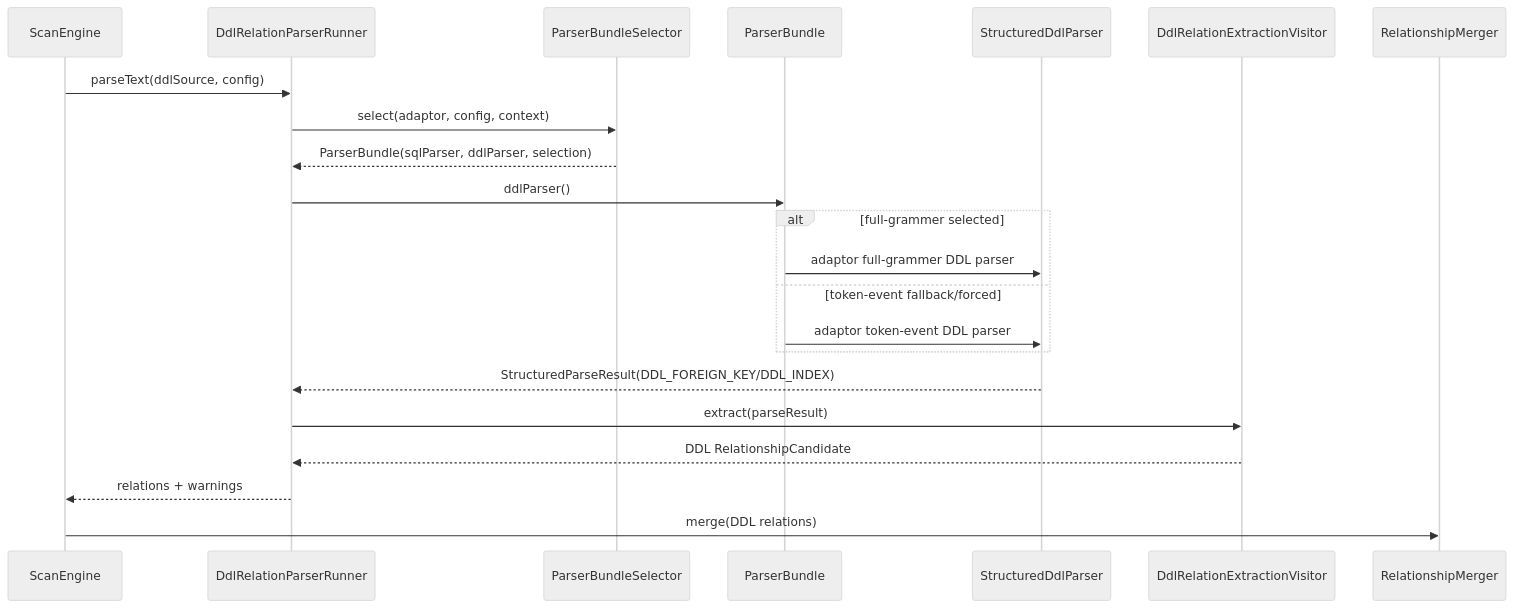
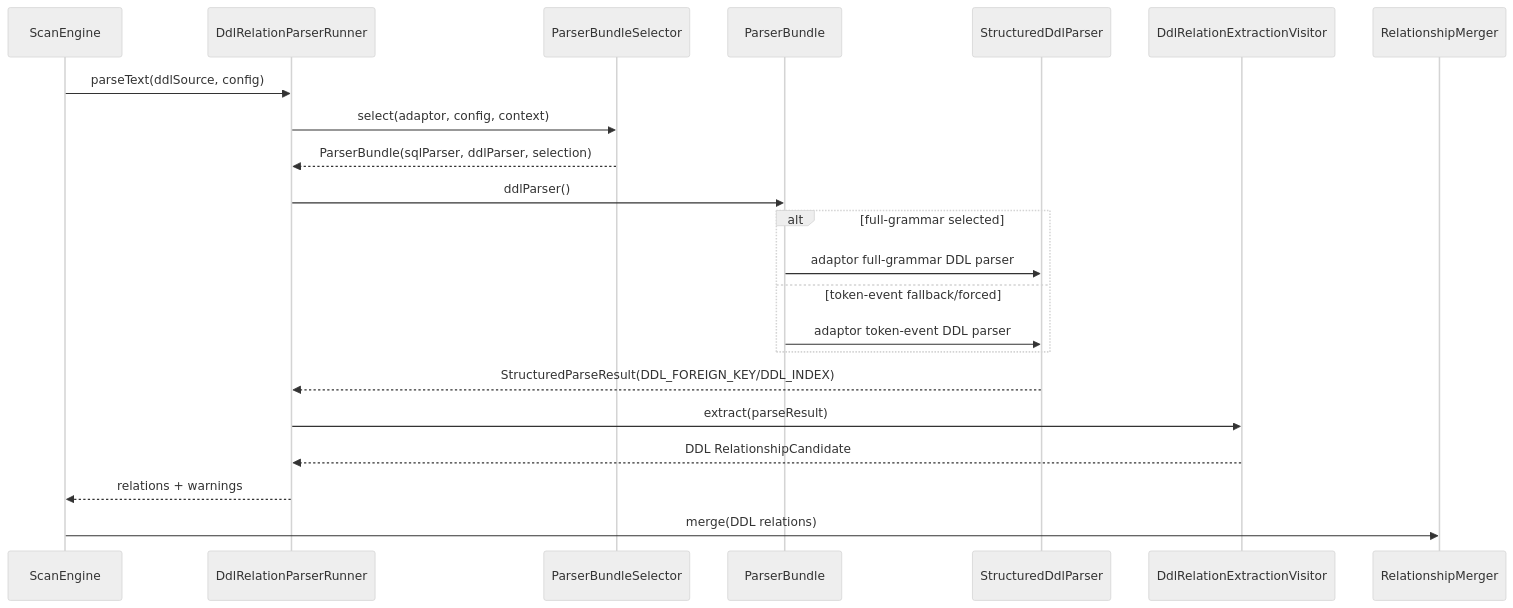
The fifth of 7 diagrams in docs/design/relation-detector/phase-06-parser-enhancement.md (xiaoguang/relation-detector), drawn with Mermaid (neutral theme) before and after one commit. The commit also changed other lines of this file and 1716 other files, not shown here.

````diff
--- a/docs/design/relation-detector/phase-06-parser-enhancement.md
+++ b/docs/design/relation-detector/phase-06-parser-enhancement.md
@@ -457,25 +469,25 @@
 ```mermaid
 sequenceDiagram
   participant SE as ScanEngine
   participant DR as DdlRelationParserRunner
   participant PBS as ParserBundleSelector
   participant PB as ParserBundle
   participant DP as StructuredDdlParser
   participant DE as DdlRelationExtractionVisitor
   participant RM as RelationshipMerger
 
   SE->>DR: parseText(ddlSource, config)
   DR->>PBS: select(adaptor, config, context)
   PBS-->>DR: ParserBundle(sqlParser, ddlParser, selection)
   DR->>PB: ddlParser()
-  alt full-grammer selected
-    PB->>DP: adaptor full-grammer DDL parser
+  alt full-grammar selected
+    PB->>DP: adaptor full-grammar DDL parser
   else token-event fallback/forced
     PB->>DP: adaptor token-event DDL parser
   end
   DP-->>DR: StructuredParseResult(DDL_FOREIGN_KEY/DDL_INDEX)
   DR->>DE: extract(parseResult)
   DE-->>DR: DDL RelationshipCandidate
   DR-->>SE: relations + warnings
   SE->>RM: merge(DDL relations)
 ```
````
